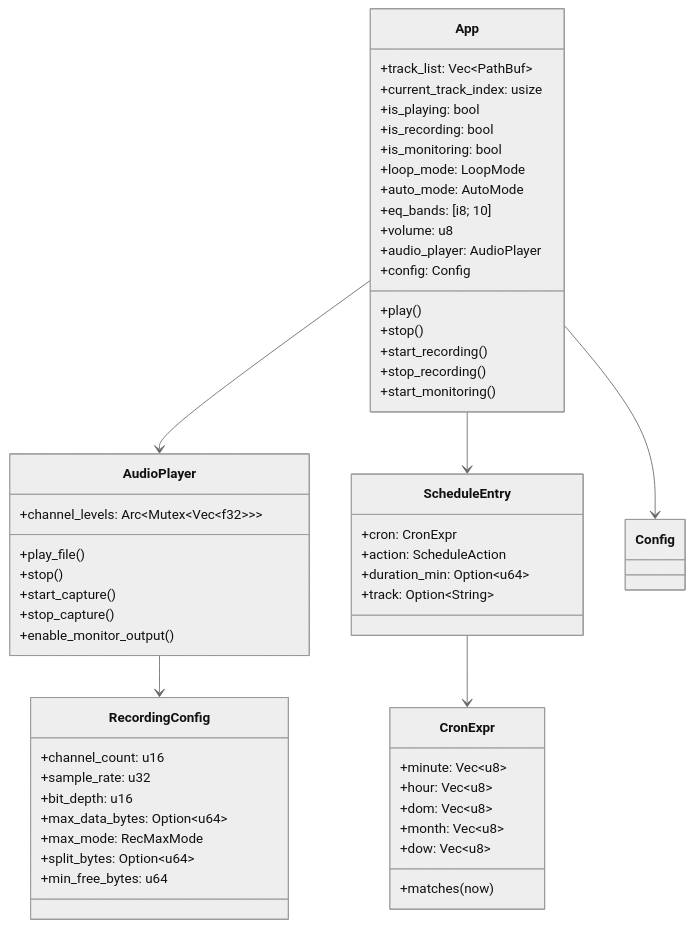
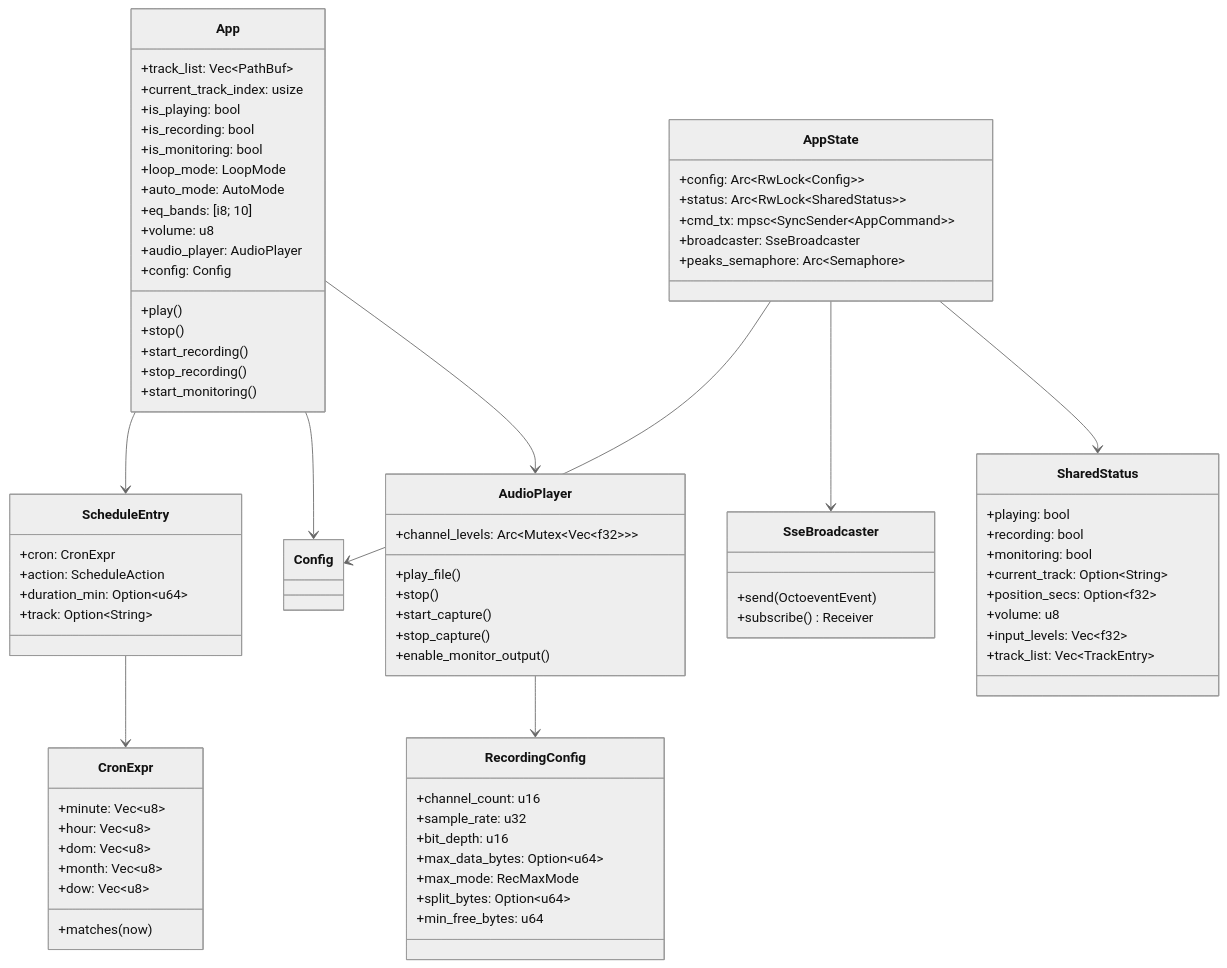
The sixth of 6 diagrams in docs/architecture.md (jesse-stewart/octotrack), drawn with Mermaid (neutral theme) before and after one commit. The commit also changed other lines of this file and 16 other files, not shown here.

````diff
--- a/docs/architecture.md
+++ b/docs/architecture.md
@@ -195,9 +216,36 @@
         +min_free_bytes: u64
     }
 
+    class AppState {
+        +config: Arc~RwLock~Config~~
+        +status: Arc~RwLock~SharedStatus~~
+        +cmd_tx: mpsc~SyncSender~AppCommand~~
+        +broadcaster: SseBroadcaster
+        +peaks_semaphore: Arc~Semaphore~
+    }
+
+    class SharedStatus {
+        +playing: bool
+        +recording: bool
+        +monitoring: bool
+        +current_track: Option~String~
+        +position_secs: Option~f32~
+        +volume: u8
+        +input_levels: Vec~f32~
+        +track_list: Vec~TrackEntry~
+    }
+
+    class SseBroadcaster {
+        +send(OctoeventEvent)
+        +subscribe() Receiver
+    }
+
     App --> AudioPlayer
     App --> Config
     App --> ScheduleEntry
     AudioPlayer --> RecordingConfig
     ScheduleEntry --> CronExpr
+    AppState --> SharedStatus
+    AppState --> SseBroadcaster
+    AppState --> Config
 ```
````
